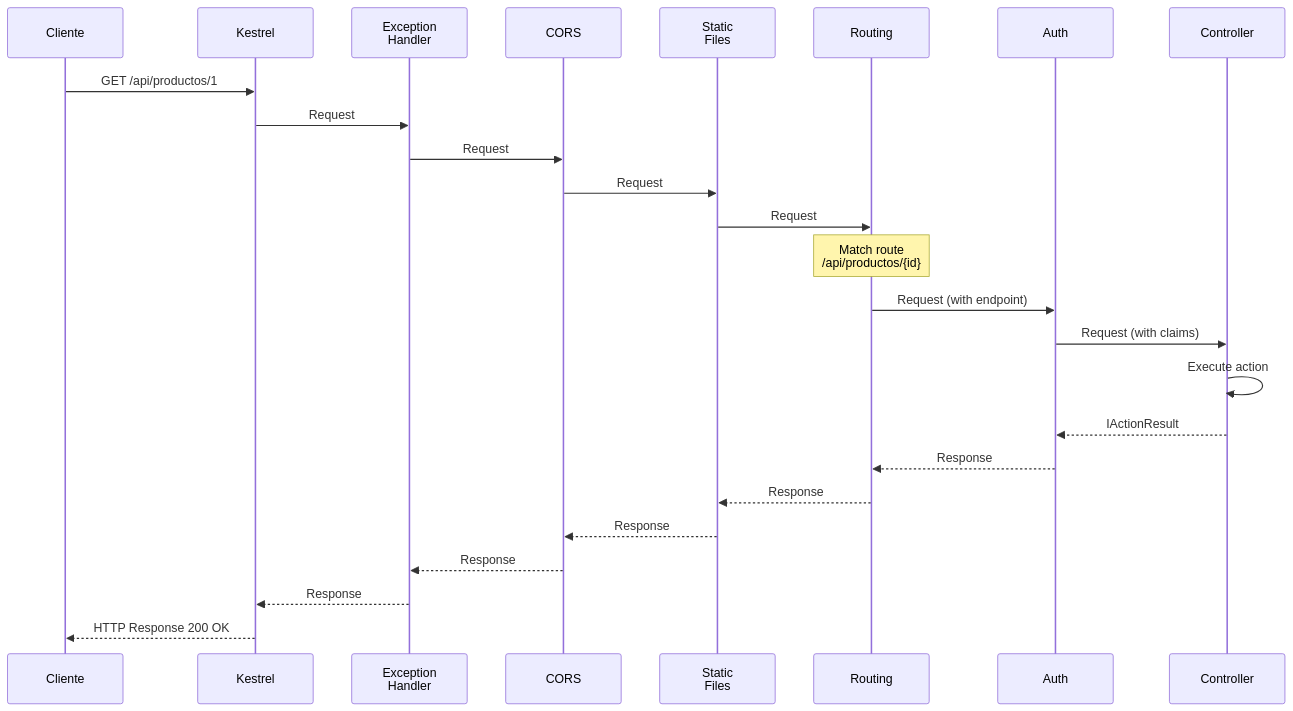
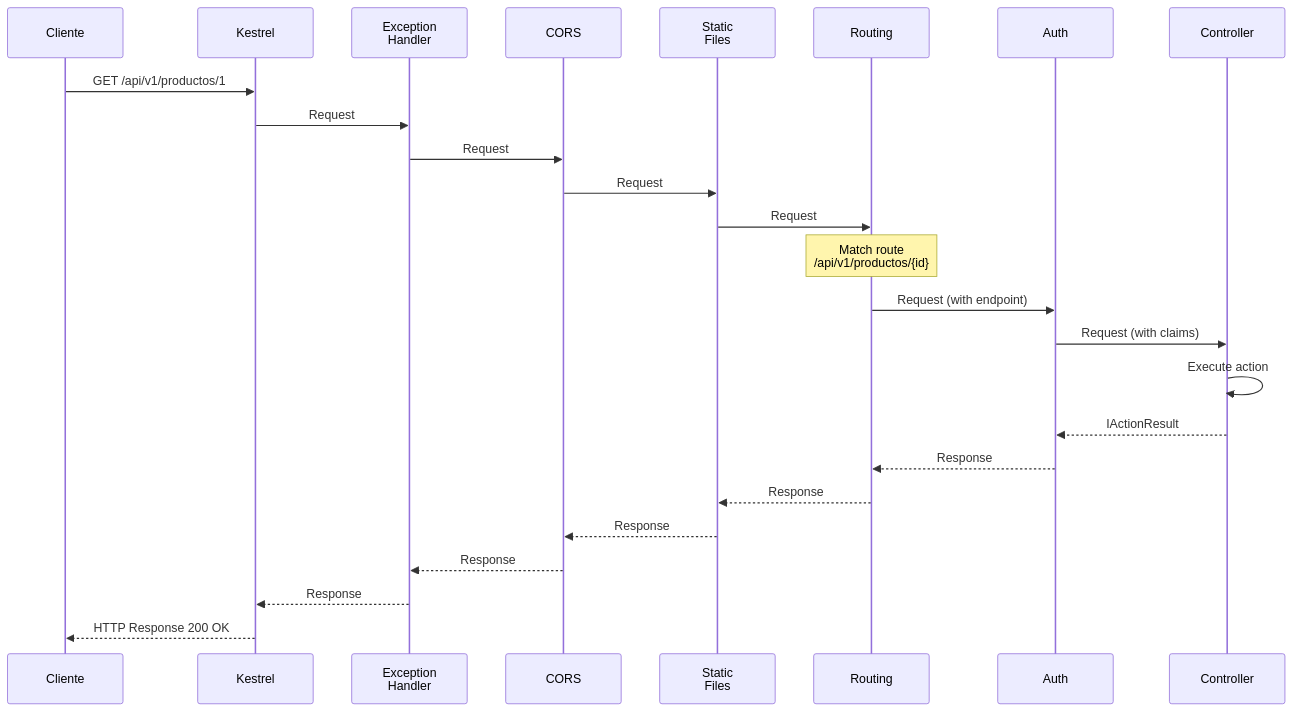
The second of 8 diagrams in doc/02-arquitectura-pipeline-http.md (joseluisgs/TiendaDawApi-NetCore), drawn with Mermaid before and after one commit. The commit also changed other lines of this file and 237 other files, not shown here.

````diff
--- a/doc/02-arquitectura-pipeline-http.md
+++ b/doc/02-arquitectura-pipeline-http.md
@@ -216,31 +216,31 @@
 ```mermaid
 sequenceDiagram
     participant C as Cliente
     participant K as Kestrel
     participant M1 as Exception<br/>Handler
     participant M2 as CORS
     participant M3 as Static<br/>Files
     participant M4 as Routing
     participant M5 as Auth
     participant M6 as Controller
     
-    C->>K: GET /api/productos/1
+    C->>K: GET /api/v1/productos/1
     
     K->>M1: Request
     M1->>M2: Request
     M2->>M3: Request
     M3->>M4: Request
     
-    Note over M4: Match route<br/>/api/productos/{id}
+    Note over M4: Match route<br/>/api/v1/productos/{id}
     M4->>M5: Request (with endpoint)
     M5->>M6: Request (with claims)
     
     M6->>M6: Execute action
     M6-->>M5: IActionResult
     M5-->>M4: Response
     M4-->>M3: Response
     M3-->>M2: Response
     M2-->>M1: Response
     M1-->>K: Response
     K-->>C: HTTP Response 200 OK
 ```
````
